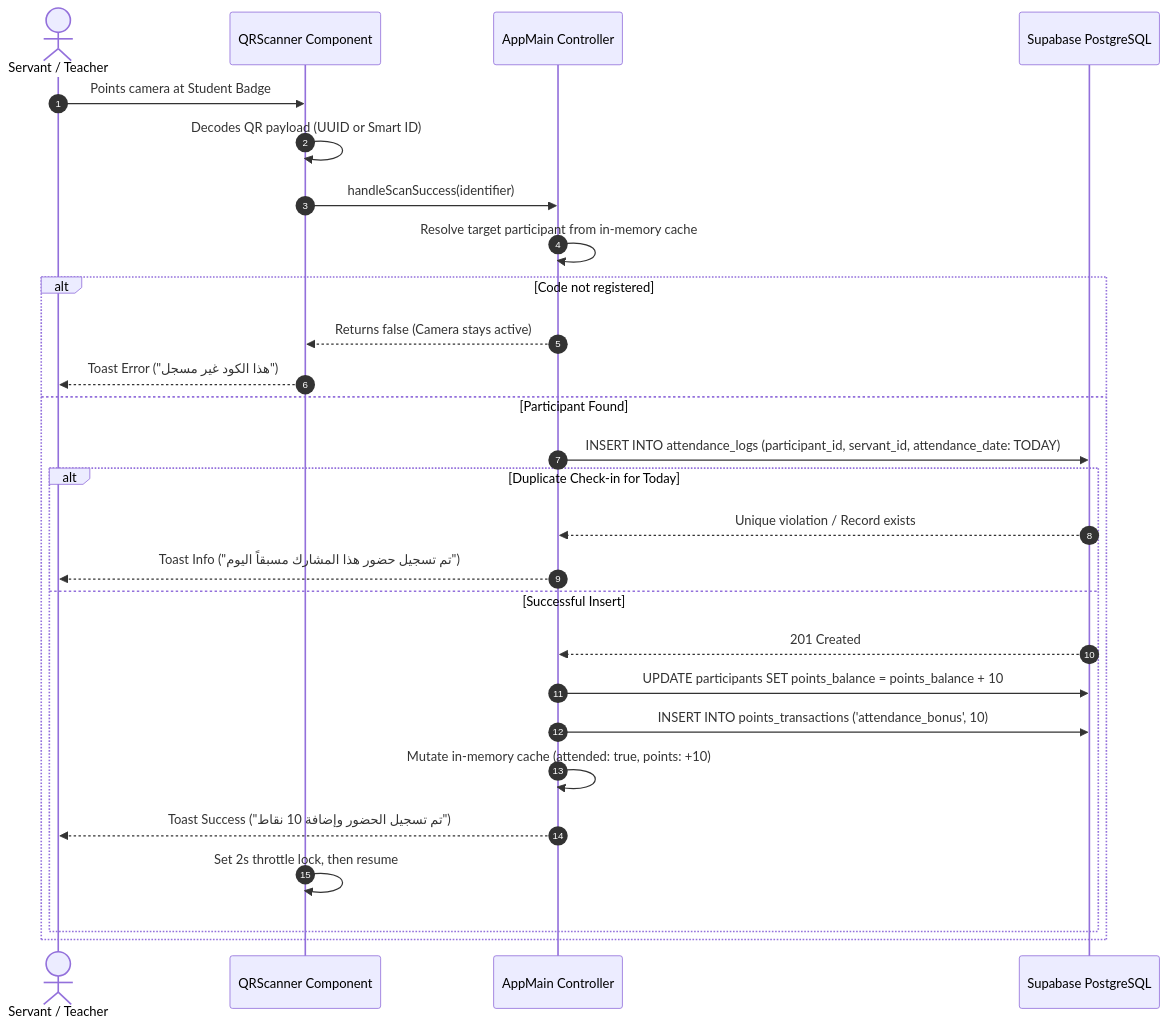
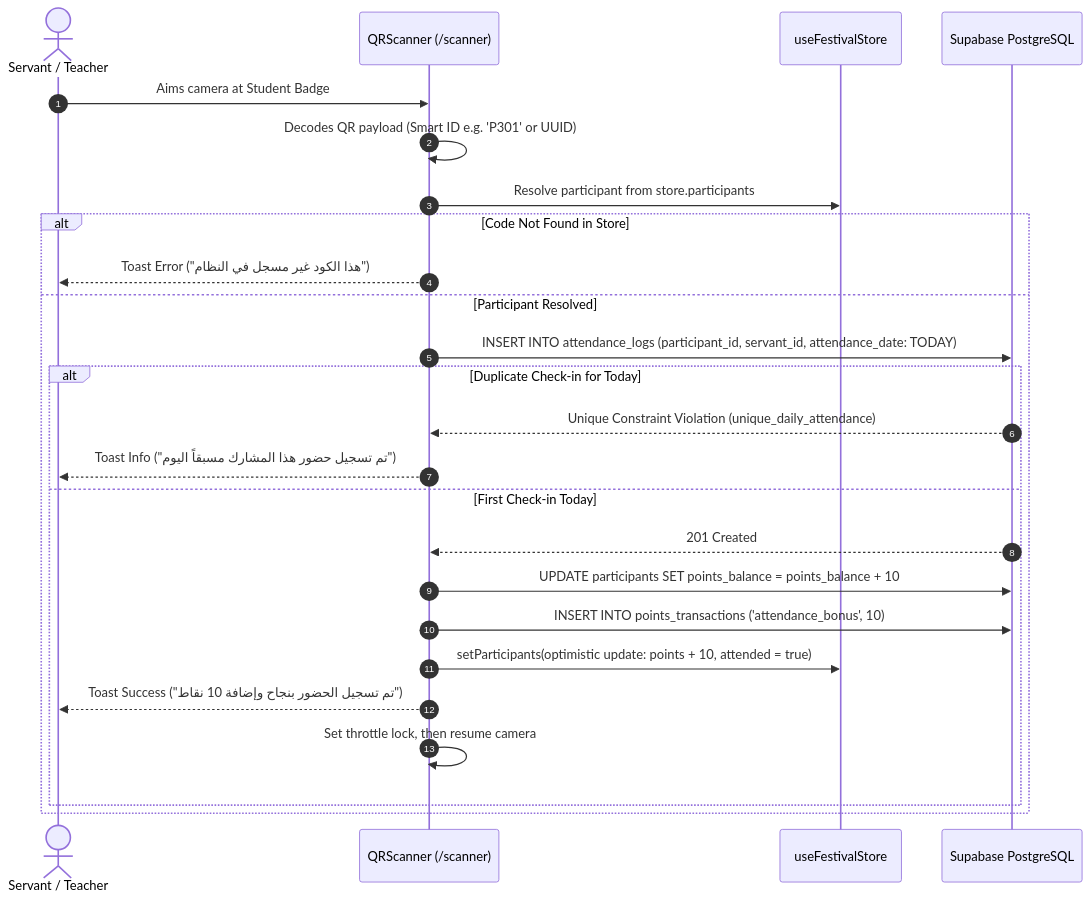
One commit to BavlyPeter/AVA-BISHOY changed the second of 7 diagrams in MD/ARIBSALIN-DOCUMENTATION.md. Above: the diagram before and after it, drawn with Mermaid. The commit also changed other lines of this file and 37 other files, not shown here.

````diff
--- a/MD/ARIBSALIN-DOCUMENTATION.md
+++ b/MD/ARIBSALIN-DOCUMENTATION.md
@@ -272,30 +260,28 @@
 ```mermaid
 sequenceDiagram
     autonumber
     actor Servant as Servant / Teacher
-    participant Scanner as QRScanner Component
-    participant App as AppMain Controller
+    participant Scanner as QRScanner (/scanner)
+    participant Store as useFestivalStore
     participant DB as Supabase PostgreSQL
 
-    Servant->>Scanner: Points camera at Student Badge
-    Scanner->>Scanner: Decodes QR payload (UUID or Smart ID)
-    Scanner->>App: handleScanSuccess(identifier)
-    App->>App: Resolve target participant from in-memory cache
-    alt Code not registered
-        App-->>Scanner: Returns false (Camera stays active)
-        Scanner-->>Servant: Toast Error ("هذا الكود غير مسجل")
-    else Participant Found
-        App->>DB: INSERT INTO attendance_logs (participant_id, servant_id, attendance_date: TODAY)
+    Servant->>Scanner: Aims camera at Student Badge
+    Scanner->>Scanner: Decodes QR payload (Smart ID e.g. 'P301' or UUID)
+    Scanner->>Store: Resolve participant from store.participants
+    alt Code Not Found in Store
+        Scanner-->>Servant: Toast Error ("هذا الكود غير مسجل في النظام")
+    else Participant Resolved
+        Scanner->>DB: INSERT INTO attendance_logs (participant_id, servant_id, attendance_date: TODAY)
         alt Duplicate Check-in for Today
-            DB-->>App: Unique violation / Record exists
-            App-->>Servant: Toast Info ("تم تسجيل حضور هذا المشارك مسبقاً اليوم")
-        else Successful Insert
-            DB-->>App: 201 Created
-            App->>DB: UPDATE participants SET points_balance = points_balance + 10
-            App->>DB: INSERT INTO points_transactions ('attendance_bonus', 10)
-            App->>App: Mutate in-memory cache (attended: true, points: +10)
-            App-->>Servant: Toast Success ("تم تسجيل الحضور وإضافة 10 نقاط")
-            Scanner->>Scanner: Set 2s throttle lock, then resume
+            DB-->>Scanner: Unique Constraint Violation (unique_daily_attendance)
+            Scanner-->>Servant: Toast Info ("تم تسجيل حضور هذا المشارك مسبقاً اليوم")
+        else First Check-in Today
+            DB-->>Scanner: 201 Created
+            Scanner->>DB: UPDATE participants SET points_balance = points_balance + 10
+            Scanner->>DB: INSERT INTO points_transactions ('attendance_bonus', 10)
+            Scanner->>Store: setParticipants(optimistic update: points + 10, attended = true)
+            Scanner-->>Servant: Toast Success ("تم تسجيل الحضور بنجاح وإضافة 10 نقاط")
+            Scanner->>Scanner: Set throttle lock, then resume camera
         end
     end
 ```
````
